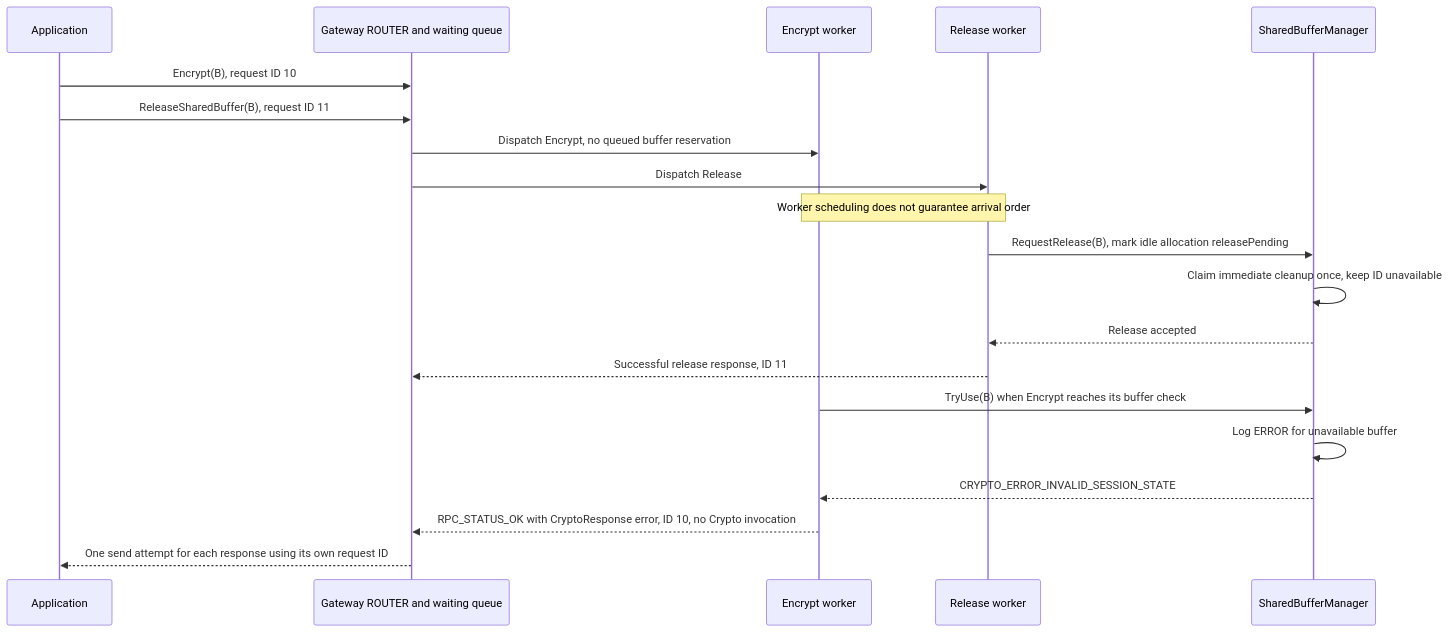
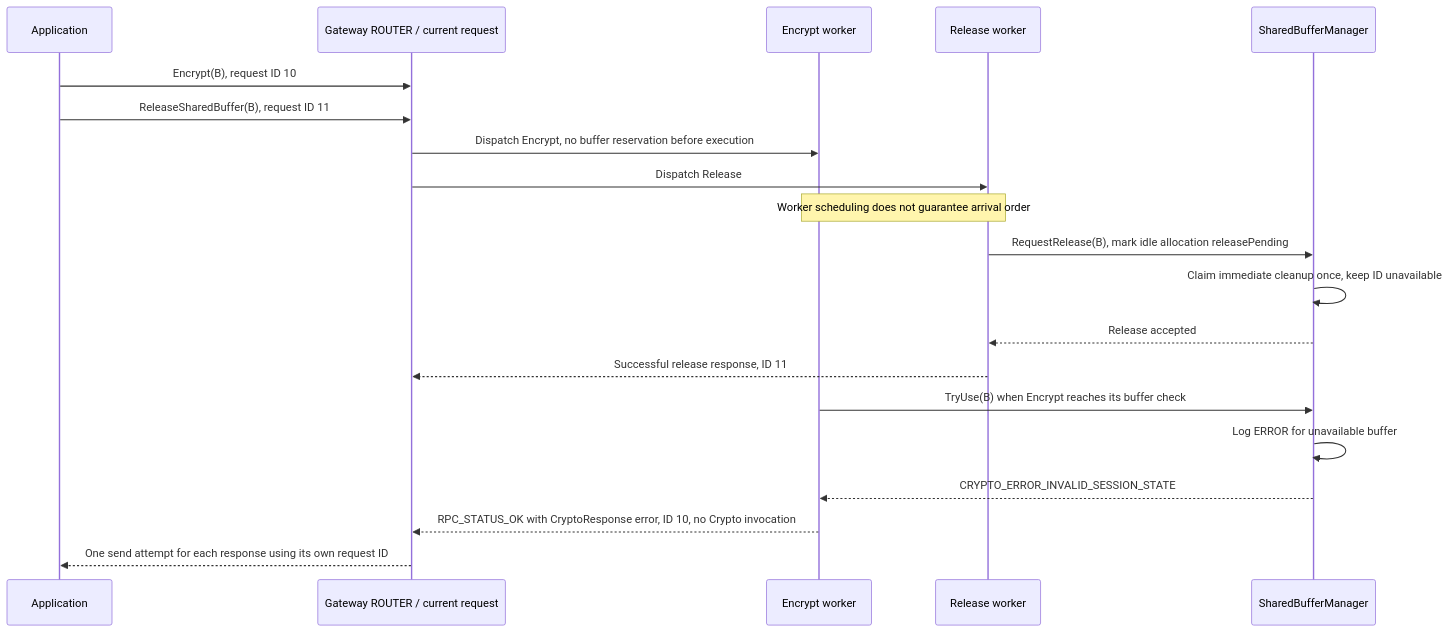
Diagram 14 of 22 in doc/EyilGateway.md (rdkcentral/eyil-secure-gateway), drawn with Mermaid before and after one commit. The commit also changed other lines of this file and 3 other files, not shown here.

Commit message:
RDKEMW-27976: Remove gateway queue and remove resource limits if not spec

````diff
--- a/doc/EyilGateway.md
+++ b/doc/EyilGateway.md
@@ -1808,22 +1779,22 @@
 ```mermaid
 sequenceDiagram
     participant A as Application
-    participant R as Gateway ROUTER and waiting queue
+    participant R as Gateway ROUTER / current request
     participant E as Encrypt worker
     participant F as Release worker
     participant B as SharedBufferManager
     A->>R: Encrypt(B), request ID 10
     A->>R: ReleaseSharedBuffer(B), request ID 11
-    R->>E: Dispatch Encrypt, no queued buffer reservation
+    R->>E: Dispatch Encrypt, no buffer reservation before execution
     R->>F: Dispatch Release
     Note over E,F: Worker scheduling does not guarantee arrival order
     F->>B: RequestRelease(B), mark idle allocation releasePending
     B->>B: Claim immediate cleanup once, keep ID unavailable
     B-->>F: Release accepted
     F-->>R: Successful release response, ID 11
     E->>B: TryUse(B) when Encrypt reaches its buffer check
     B->>B: Log ERROR for unavailable buffer
     B-->>E: CRYPTO_ERROR_INVALID_SESSION_STATE
     E-->>R: RPC_STATUS_OK with CryptoResponse error, ID 10, no Crypto invocation
     R-->>A: One send attempt for each response using its own request ID
 ```
````
